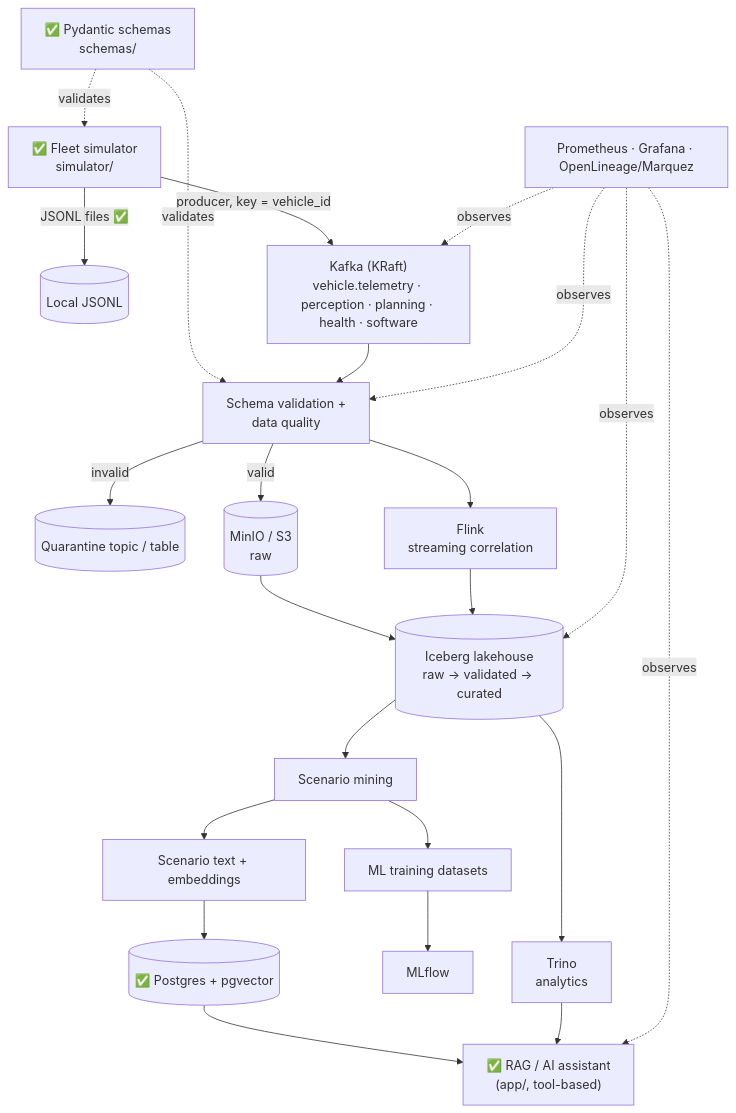
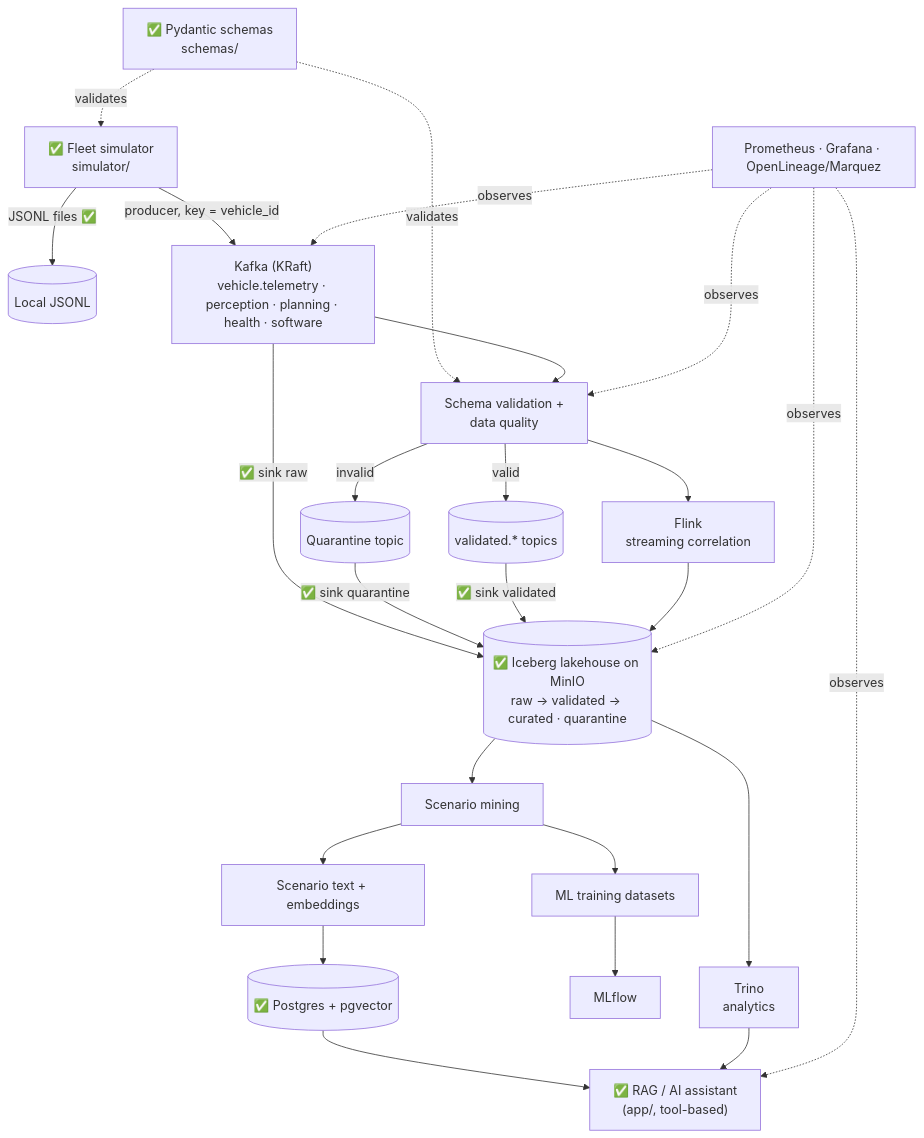
Before and after one commit to iyerrajesh/security_rag: the diagram in architecture/architecture.md, drawn with Mermaid. The commit also changed other lines of this file and 18 other files, not shown here.

````diff
--- a/architecture/architecture.md
+++ b/architecture/architecture.md
@@ -6,24 +6,26 @@
 ```mermaid
 flowchart TD
     SIM["✅ Fleet simulator<br/>simulator/"] -->|JSONL files ✅| FILES[(Local JSONL)]
     SIM -->|"producer, key = vehicle_id"| KAFKA["Kafka (KRaft)<br/>vehicle.telemetry · perception · planning · health · software"]
     SCHEMAS["✅ Pydantic schemas<br/>schemas/"] -.validates.-> SIM
     SCHEMAS -.validates.-> VAL
 
     KAFKA --> VAL["Schema validation +<br/>data quality"]
-    VAL -->|invalid| QUAR[(Quarantine topic / table)]
-    VAL -->|valid| RAW[(MinIO / S3<br/>raw)]
+    VAL -->|invalid| QUAR[(Quarantine topic)]
+    VAL -->|valid| VTOP[(validated.* topics)]
     VAL --> FLINK["Flink<br/>streaming correlation"]
 
-    RAW --> ICE[("Iceberg lakehouse<br/>raw → validated → curated")]
+    KAFKA -->|"✅ sink raw"| ICE
+    QUAR -->|"✅ sink quarantine"| ICE
+    VTOP -->|"✅ sink validated"| ICE[("✅ Iceberg lakehouse on MinIO<br/>raw → validated → curated · quarantine")]
     FLINK --> ICE
     ICE --> TRINO["Trino<br/>analytics"]
     ICE --> MINING["Scenario mining"]
     MINING --> DATASETS["ML training datasets"] --> MLFLOW["MLflow"]
     MINING --> EMBED["Scenario text + embeddings"]
     EMBED --> PGV[("✅ Postgres + pgvector")]
     PGV --> RAG["✅ RAG / AI assistant<br/>(app/, tool-based)"]
     TRINO --> RAG
 
     OBS["Prometheus · Grafana · OpenLineage/Marquez"] -.observes.-> KAFKA & VAL & ICE & RAG
 ```
````
